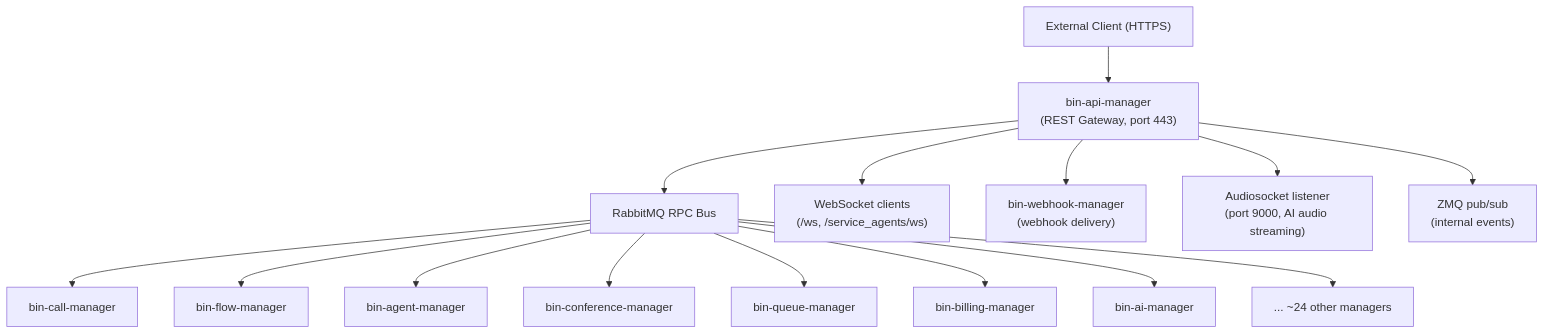
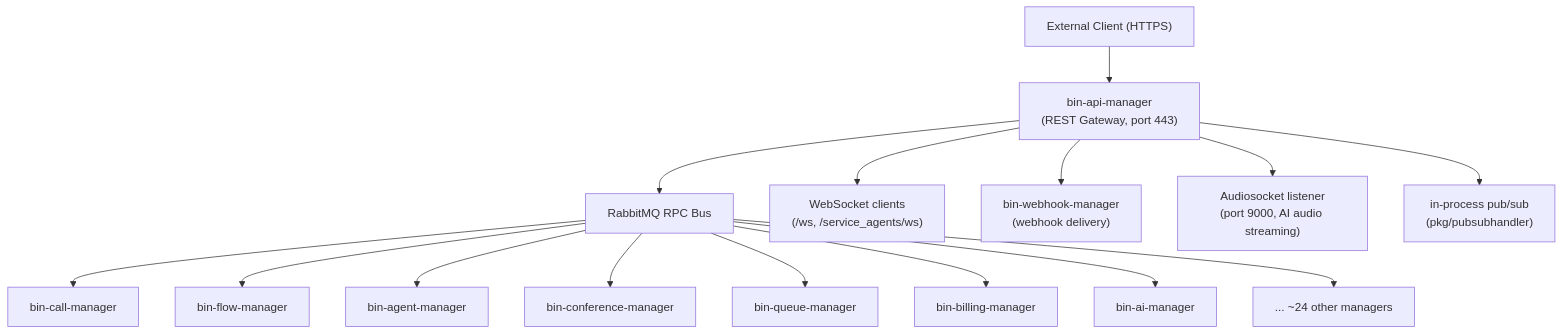
Before and after one commit to voipbin/monorepo: the diagram in bin-api-manager/docs/architecture.md, drawn with Mermaid. The commit also changed other lines of this file and 280 other files, not shown here.

````diff
--- a/bin-api-manager/docs/architecture.md
+++ b/bin-api-manager/docs/architecture.md
@@ -7,18 +7,18 @@
 ```mermaid
 graph TD
     Client["External Client (HTTPS)"] --> APIMgr["bin-api-manager\n(REST Gateway, port 443)"]
     APIMgr --> RMQ["RabbitMQ RPC Bus"]
     RMQ --> CallMgr["bin-call-manager"]
     RMQ --> FlowMgr["bin-flow-manager"]
     RMQ --> AgentMgr["bin-agent-manager"]
     RMQ --> ConferenceMgr["bin-conference-manager"]
     RMQ --> QueueMgr["bin-queue-manager"]
     RMQ --> BillingMgr["bin-billing-manager"]
     RMQ --> AIMgr["bin-ai-manager"]
     RMQ --> OtherMgrs["... ~24 other managers"]
 
     APIMgr --> WS["WebSocket clients\n(/ws, /service_agents/ws)"]
     APIMgr --> WebhookMgr["bin-webhook-manager\n(webhook delivery)"]
     APIMgr --> AudioSock["Audiosocket listener\n(port 9000, AI audio streaming)"]
-    APIMgr --> ZMQ["ZMQ pub/sub\n(internal events)"]
+    APIMgr --> Pubsub["in-process pub/sub\n(pkg/pubsubhandler)"]
 ```
````
